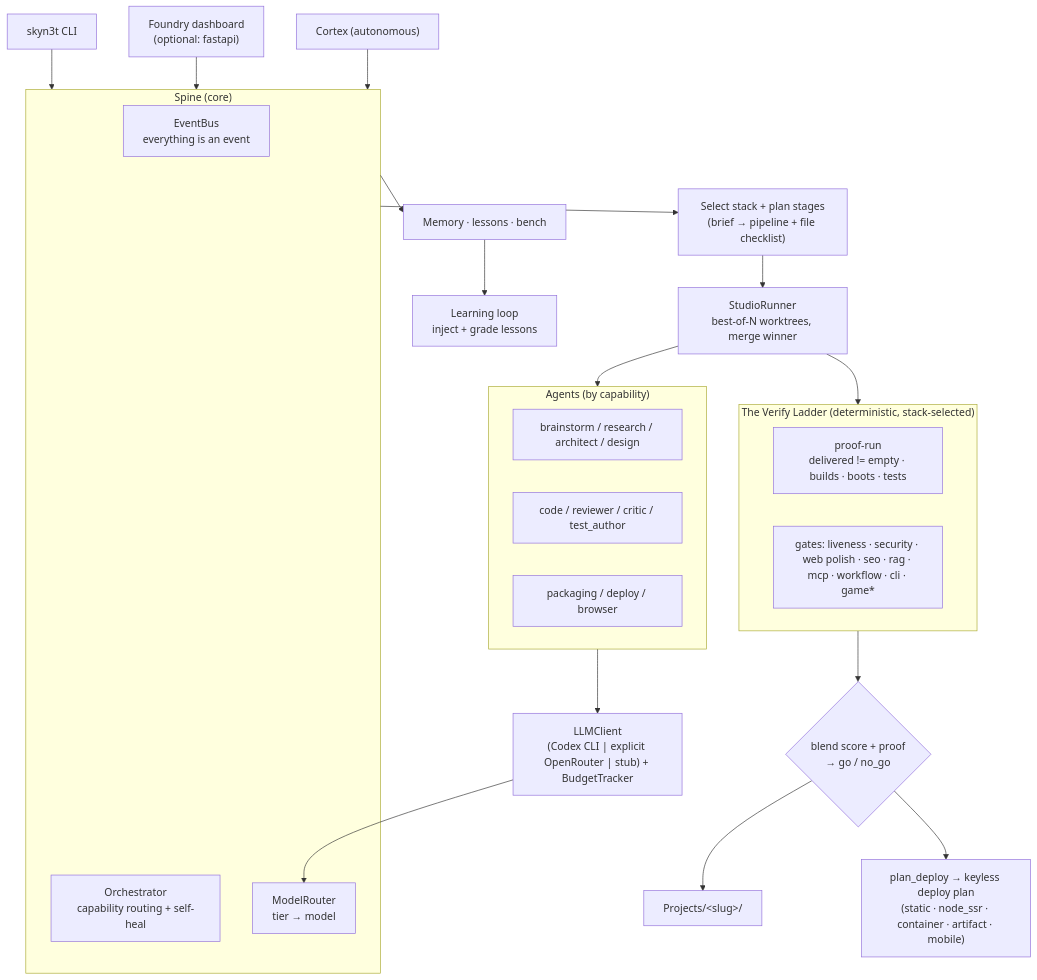
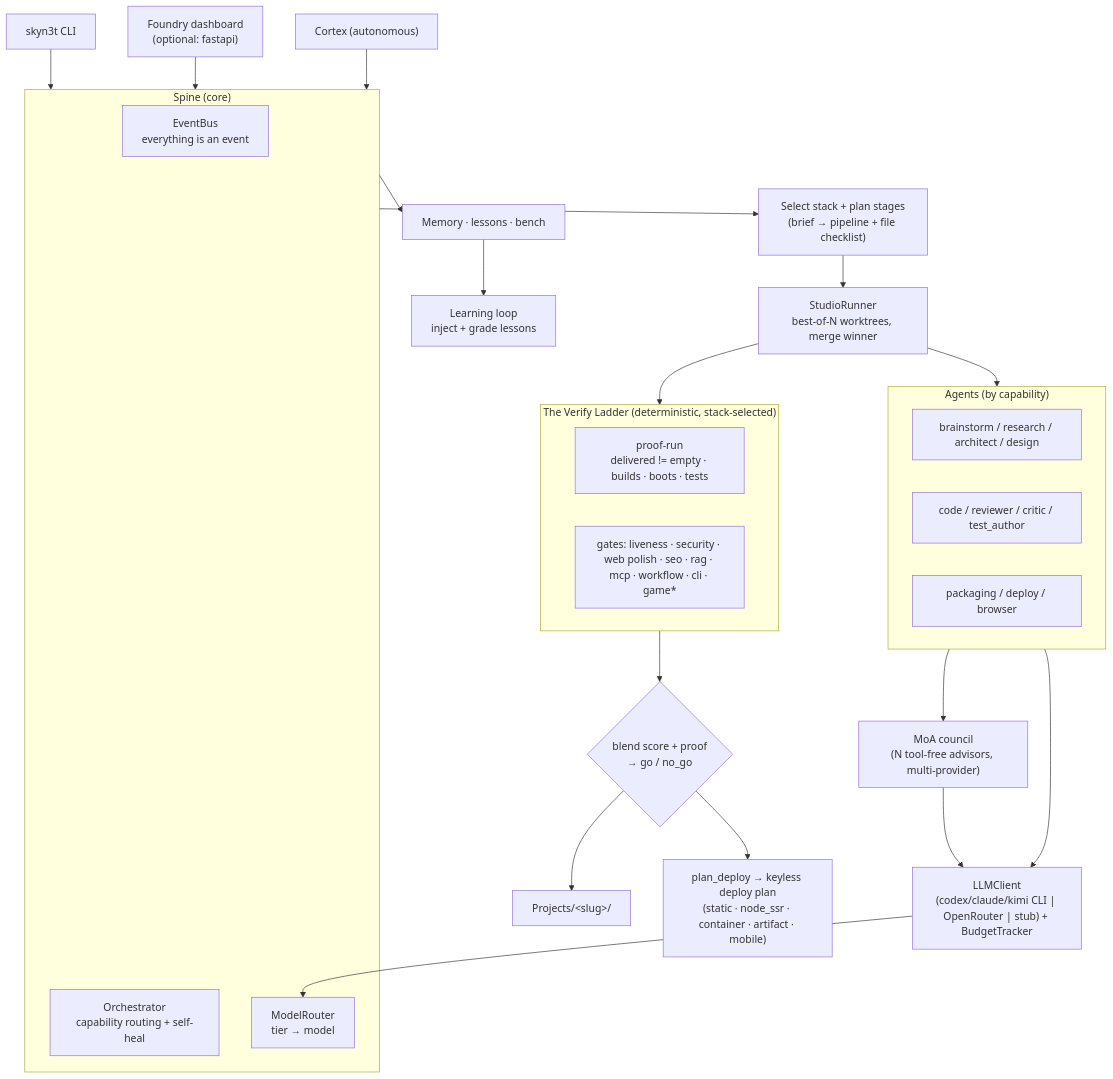
Before and after one commit to Choaterboater/skyn3t-2-0: the diagram in README.md, drawn with Mermaid. The commit also changed other lines of this file and 1 other file, not shown here.

First line of the commit message:
Correct README and .env.example: auto is no longer Codex-only

````diff
--- a/README.md
+++ b/README.md
@@ -180,38 +195,40 @@
 ```mermaid
 flowchart TD
     CLI["skyn3t CLI"] --> SPINE
     WEB["Foundry dashboard<br/>(optional: fastapi)"] --> SPINE
 
     subgraph SPINE["Spine (core)"]
         BUS["EventBus<br/>everything is an event"]
         ORCH["Orchestrator<br/>capability routing + self-heal"]
         ROUTER["ModelRouter<br/>tier → model"]
     end
 
     SPINE --> PLAN["Select stack + plan stages<br/>(brief → pipeline + file checklist)"]
     PLAN --> STUDIO["StudioRunner<br/>best-of-N worktrees, merge winner"]
     STUDIO --> AGENTS
 
     subgraph AGENTS["Agents (by capability)"]
         A1["brainstorm / research / architect / design"]
         A2["code / reviewer / critic / test_author"]
         A3["packaging / deploy / browser"]
     end
 
     STUDIO --> LADDER
 
     subgraph LADDER["The Verify Ladder (deterministic, stack-selected)"]
         P["proof-run<br/>delivered != empty · builds · boots · tests"]
         G["gates: liveness · security · web polish · seo · rag · mcp · workflow · cli · game*"]
     end
 
     LADDER --> VERDICT{"blend score + proof<br/>→ go / no_go"}
     VERDICT --> DELIVER["Projects/&lt;slug&gt;/"]
     VERDICT --> SHIP["plan_deploy → keyless deploy plan<br/>(static · node_ssr · container · artifact · mobile)"]
 
-    AGENTS --> LLM["LLMClient<br/>(Codex CLI | explicit OpenRouter | stub) + BudgetTracker"]
+    AGENTS --> MOA["MoA council<br/>(N tool-free advisors, multi-provider)"]
+    MOA --> LLM
+    AGENTS --> LLM["LLMClient<br/>(codex/claude/kimi CLI | OpenRouter | stub) + BudgetTracker"]
     LLM --> ROUTER
     SPINE --> MEM["Memory · lessons · bench"]
     MEM --> LEARN["Learning loop<br/>inject + grade lessons"]
     CORTEX["Cortex (autonomous)"] --> SPINE
 ```
````
